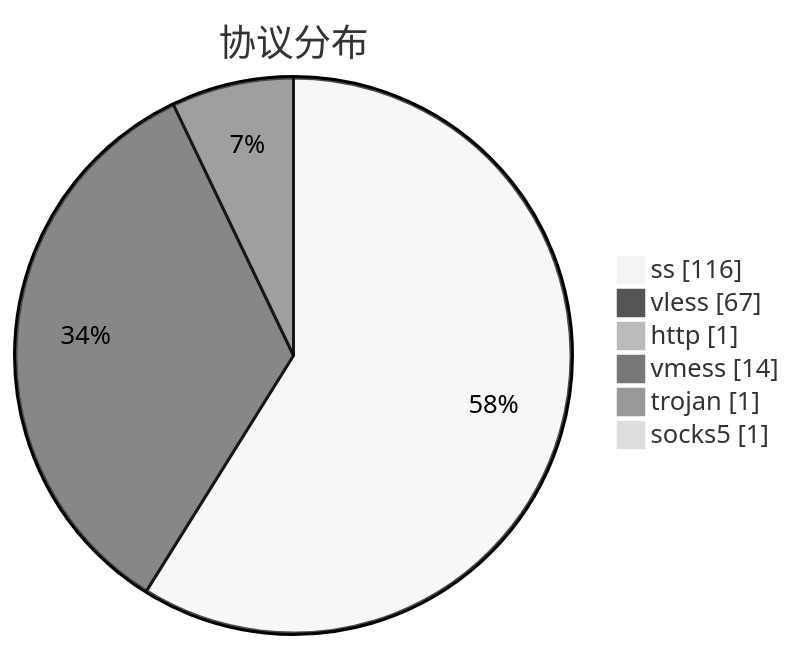
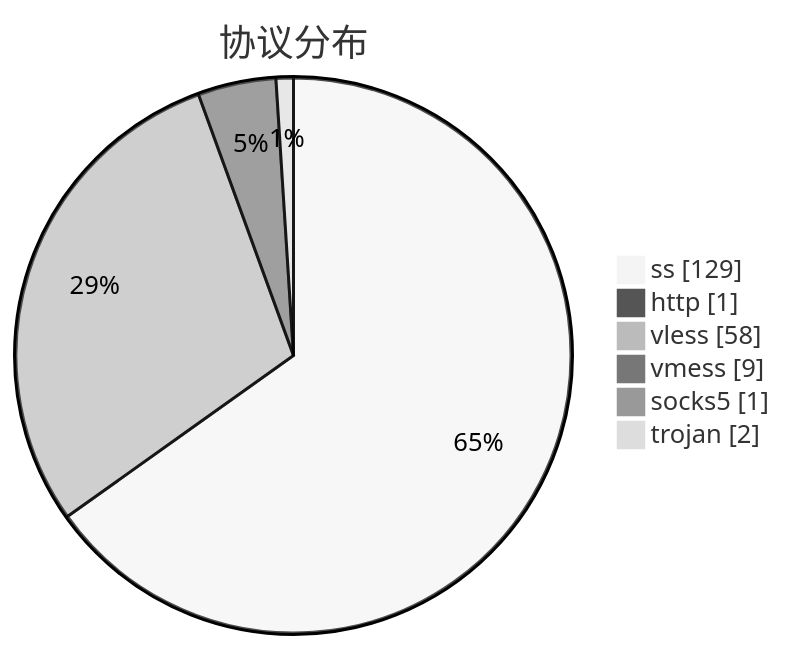
Before and after one commit to qjlxg/airport: the third of 3 diagrams in subs/statistics/tested_within.md, drawn with Mermaid (neutral theme). The commit also changed other lines of this file and 2 other files, not shown here.

````diff
--- a/subs/statistics/tested_within.md
+++ b/subs/statistics/tested_within.md
@@ -31,10 +24,10 @@
 ```mermaid
 pie showData
 title 协议分布
-"ss" : 116
-"vless" : 67
+"ss" : 129
 "http" : 1
-"vmess" : 14
-"trojan" : 1
+"vless" : 58
+"vmess" : 9
 "socks5" : 1
+"trojan" : 2
 ```
````
